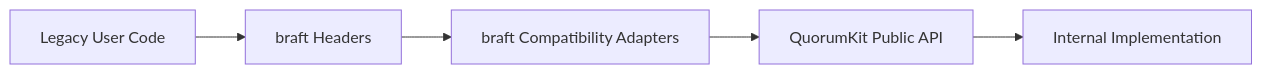
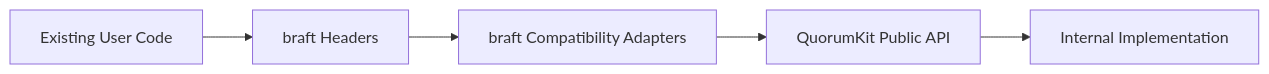
The diagram in docs/architecture/braft-compat.md (bringhurst/quorumkit), drawn with Mermaid before and after one commit. The commit also changed other lines of this file and 15 other files, not shown here.

````diff
--- a/docs/architecture/braft-compat.md
+++ b/docs/architecture/braft-compat.md
@@ -45,7 +35,7 @@
 ```mermaid
 flowchart LR
-    Legacy[Legacy User Code] --> B[braft Headers]
+    Legacy[Existing User Code] --> B[braft Headers]
     B --> BC[braft Compatibility Adapters]
     BC --> Q[QuorumKit Public API]
     Q --> I[Internal Implementation]
 ```
````
